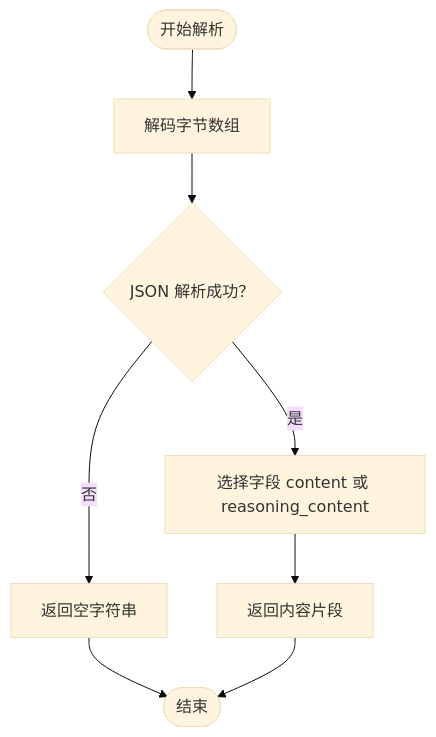
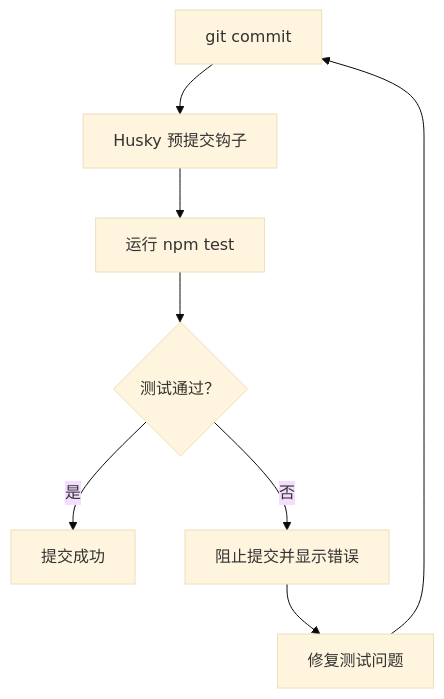
Before and after one commit to RadiumAg/bilibili-favorites: the third of 10 diagrams in .qoder/repowiki/zh/content/开发指南/测试策略与实践.md, drawn with Mermaid (base theme). The commit also changed other lines of this file and 47 other files, not shown here.

````diff
--- a/.qoder/repowiki/zh/content/开发指南/测试策略与实践.md
+++ b/.qoder/repowiki/zh/content/开发指南/测试策略与实践.md
@@ -193,10 +174,10 @@
 ```mermaid
 flowchart TD
-Start(["开始解析"]) --> Decode["解码字节数组"]
-Decode --> TryParse{"JSON 解析成功？"}
-TryParse --> |否| Empty["返回空字符串"]
-TryParse --> |是| PickField["选择字段 content 或 reasoning_content"]
-PickField --> Done["返回内容片段"]
-Empty --> End(["结束"])
-Done --> End
+A["git commit"] --> B["Husky 预提交钩子"]
+B --> C["运行 npm test"]
+C --> D{"测试通过？"}
+D --> |是| E["提交成功"]
+D --> |否| F["阻止提交并显示错误"]
+F --> G["修复测试问题"]
+G --> A
 ```
````
